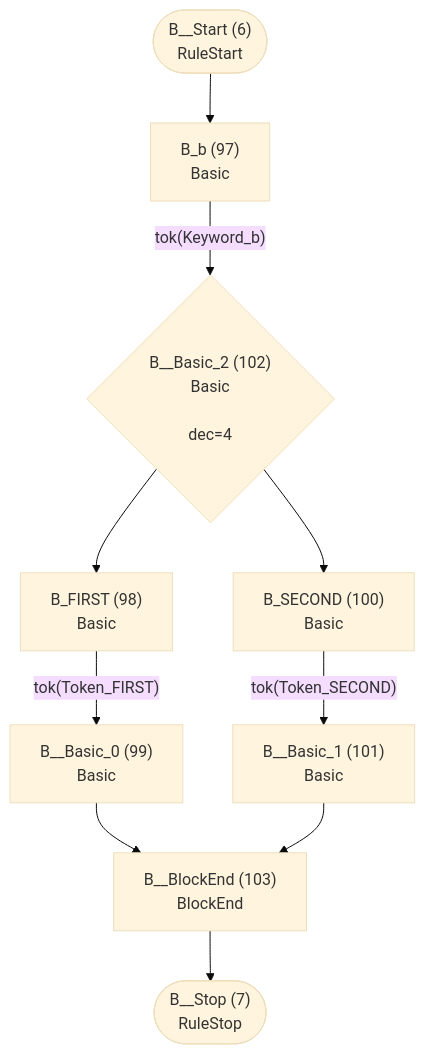
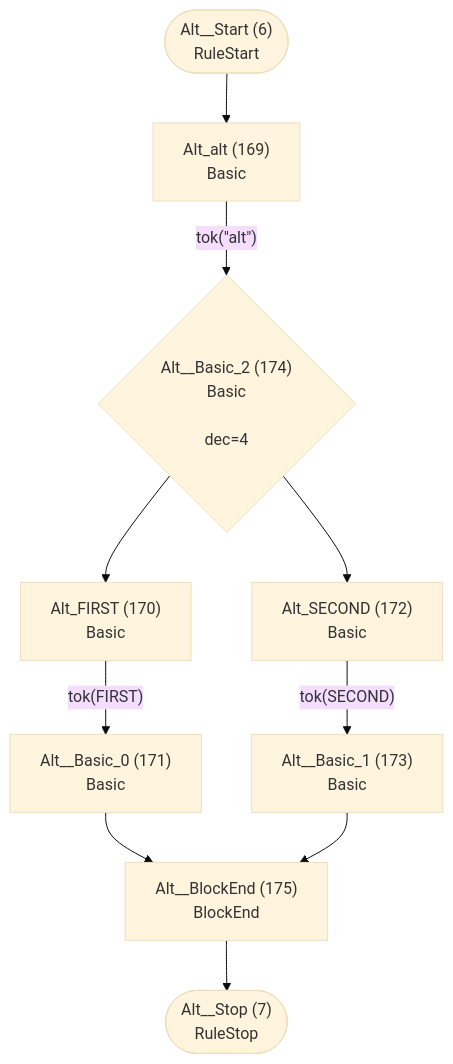
Before and after one commit to TypeFox/fastbelt: the fourth of 46 diagrams in internal/languages/completion/atn.md, drawn with Mermaid (base theme). The commit also changed other lines of this file and 58 other files, not shown here.

````diff
--- a/internal/languages/completion/atn.md
+++ b/internal/languages/completion/atn.md
@@ -155,22 +220,22 @@
 ```mermaid
 flowchart TD
-    q6(["B__Start (6)<br/>RuleStart"])
-    q7(["B__Stop (7)<br/>RuleStop"])
-    q97["B_b (97)<br/>Basic<br/>"]
-    q98["B_FIRST (98)<br/>Basic<br/>"]
-    q99["B__Basic_0 (99)<br/>Basic<br/>"]
-    q100["B_SECOND (100)<br/>Basic<br/>"]
-    q101["B__Basic_1 (101)<br/>Basic<br/>"]
-    q102{"B__Basic_2 (102)<br/>Basic<br/><br/>dec=4"}
-    q103["B__BlockEnd (103)<br/>BlockEnd<br/>"]
+    q6(["Alt__Start (6)<br/>RuleStart"])
+    q7(["Alt__Stop (7)<br/>RuleStop"])
+    q169["Alt_alt (169)<br/>Basic<br/>"]
+    q170["Alt_FIRST (170)<br/>Basic<br/>"]
+    q171["Alt__Basic_0 (171)<br/>Basic<br/>"]
+    q172["Alt_SECOND (172)<br/>Basic<br/>"]
+    q173["Alt__Basic_1 (173)<br/>Basic<br/>"]
+    q174{"Alt__Basic_2 (174)<br/>Basic<br/><br/>dec=4"}
+    q175["Alt__BlockEnd (175)<br/>BlockEnd<br/>"]
 
-    q6 --> q97
-    q97 -->|"tok(Keyword_b)"| q102
-    q98 -->|"tok(Token_FIRST)"| q99
-    q99 --> q103
-    q100 -->|"tok(Token_SECOND)"| q101
-    q101 --> q103
-    q102 --> q98
-    q102 --> q100
-    q103 --> q7
+    q6 --> q169
+    q169 -->|"tok(&quot;alt&quot;)"| q174
+    q170 -->|"tok(FIRST)"| q171
+    q171 --> q175
+    q172 -->|"tok(SECOND)"| q173
+    q173 --> q175
+    q174 --> q170
+    q174 --> q172
+    q175 --> q7
 ```
````
